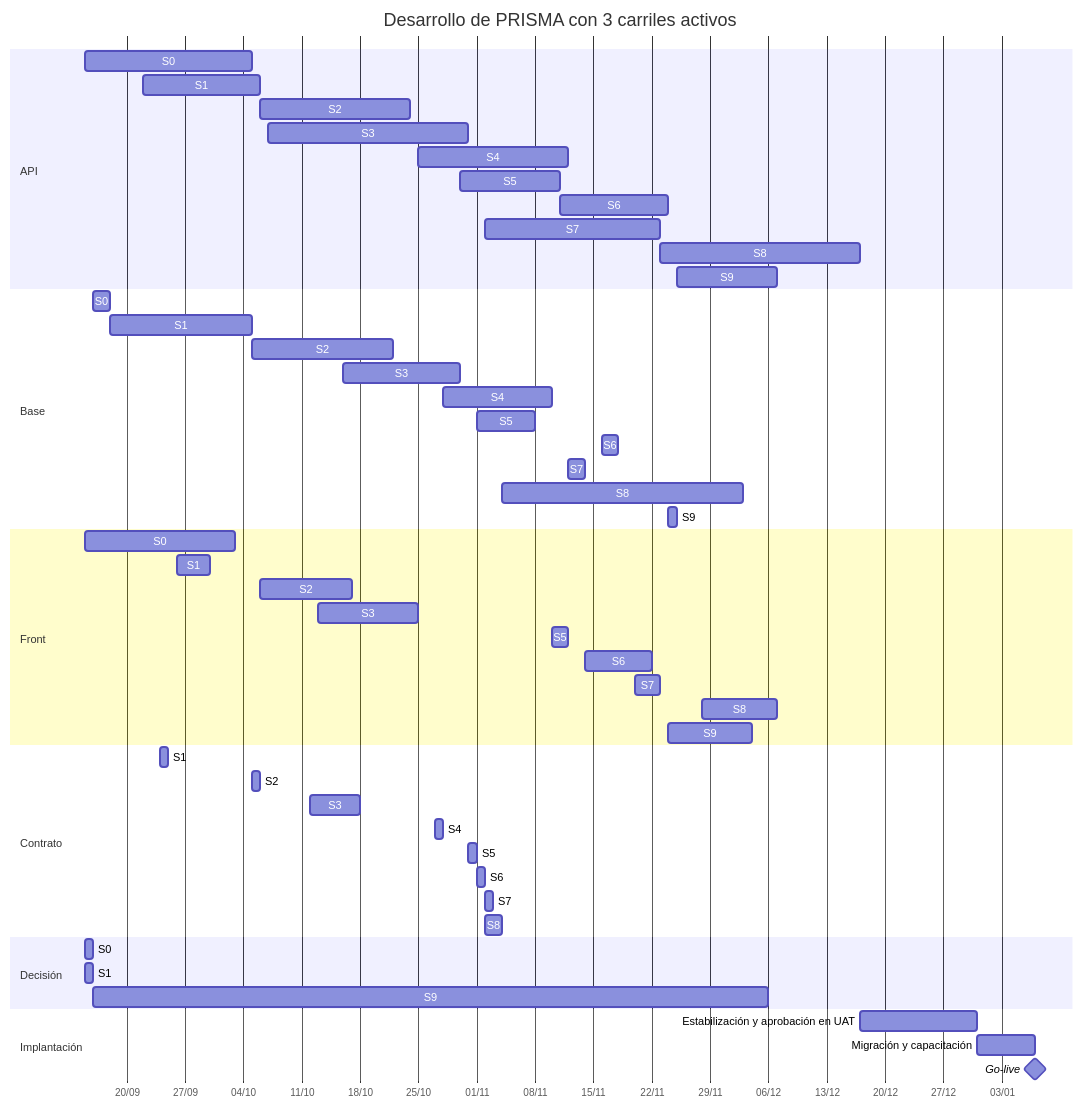
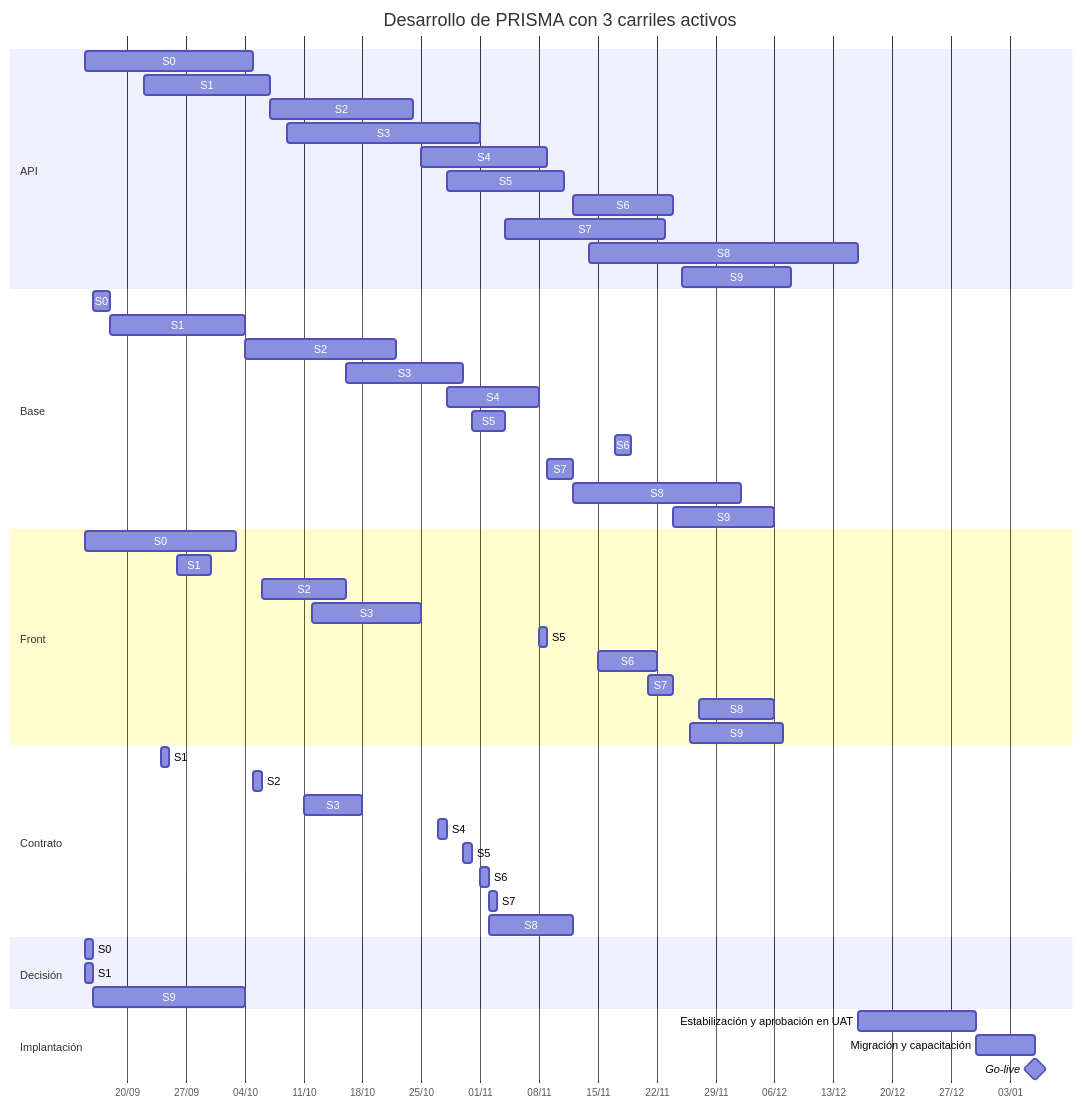
One commit to Juanchope039/Finanzas-PRISMA changed the first of 2 diagrams in docs/08-plan-de-desarrollo.md. Above: the diagram before and after it, drawn with Mermaid. The commit also changed other lines of this file and 12 other files, not shown here.

````diff
--- a/docs/08-plan-de-desarrollo.md
+++ b/docs/08-plan-de-desarrollo.md
@@ -241,61 +241,61 @@
 ```mermaid
 gantt
     title Desarrollo de PRISMA con 3 carriles activos
     dateFormat YYYY-MM-DD
     axisFormat %d/%m
 
     section API
     S0 :api0, 2026-09-15, 2026-10-05
-    S1 :api1, 2026-09-22, 2026-10-06
-    S2 :api2, 2026-10-06, 2026-10-24
-    S3 :api3, 2026-10-07, 2026-10-31
-    S4 :api4, 2026-10-25, 2026-11-12
-    S5 :api5, 2026-10-30, 2026-11-11
-    S6 :api6, 2026-11-11, 2026-11-24
-    S7 :api7, 2026-11-02, 2026-11-23
-    S8 :api8, 2026-11-23, 2026-12-17
-    S9 :api9, 2026-11-25, 2026-12-07
+    S1 :api1, 2026-09-22, 2026-10-07
+    S2 :api2, 2026-10-07, 2026-10-24
+    S3 :api3, 2026-10-09, 2026-11-01
+    S4 :api4, 2026-10-25, 2026-11-09
+    S5 :api5, 2026-10-28, 2026-11-11
+    S6 :api6, 2026-11-12, 2026-11-24
+    S7 :api7, 2026-11-04, 2026-11-23
+    S8 :api8, 2026-11-14, 2026-12-16
+    S9 :api9, 2026-11-25, 2026-12-08
 
     section Base
     S0 :base0, 2026-09-16, 2026-09-18
-    S1 :base1, 2026-09-18, 2026-10-05
-    S2 :base2, 2026-10-05, 2026-10-22
+    S1 :base1, 2026-09-18, 2026-10-04
+    S2 :base2, 2026-10-04, 2026-10-22
     S3 :base3, 2026-10-16, 2026-10-30
-    S4 :base4, 2026-10-28, 2026-11-10
-    S5 :base5, 2026-11-01, 2026-11-08
-    S6 :base6, 2026-11-16, 2026-11-18
-    S7 :base7, 2026-11-12, 2026-11-14
-    S8 :base8, 2026-11-04, 2026-12-03
-    S9 :base9, 2026-11-24, 2026-11-25
+    S4 :base4, 2026-10-28, 2026-11-08
+    S5 :base5, 2026-10-31, 2026-11-04
+    S6 :base6, 2026-11-17, 2026-11-19
+    S7 :base7, 2026-11-09, 2026-11-12
+    S8 :base8, 2026-11-12, 2026-12-02
+    S9 :base9, 2026-11-24, 2026-12-06
 
     section Front
     S0 :front0, 2026-09-15, 2026-10-03
     S1 :front1, 2026-09-26, 2026-09-30
-    S2 :front2, 2026-10-06, 2026-10-17
-    S3 :front3, 2026-10-13, 2026-10-25
-    S5 :front5, 2026-11-10, 2026-11-12
-    S6 :front6, 2026-11-14, 2026-11-22
-    S7 :front7, 2026-11-20, 2026-11-23
-    S8 :front8, 2026-11-28, 2026-12-07
-    S9 :front9, 2026-11-24, 2026-12-04
+    S2 :front2, 2026-10-06, 2026-10-16
+    S3 :front3, 2026-10-12, 2026-10-25
+    S5 :front5, 2026-11-08, 2026-11-09
+    S6 :front6, 2026-11-15, 2026-11-22
+    S7 :front7, 2026-11-21, 2026-11-24
+    S8 :front8, 2026-11-27, 2026-12-06
+    S9 :front9, 2026-11-26, 2026-12-07
 
     section Contrato
     S1 :contrato1, 2026-09-24, 2026-09-25
     S2 :contrato2, 2026-10-05, 2026-10-06
-    S3 :contrato3, 2026-10-12, 2026-10-18
+    S3 :contrato3, 2026-10-11, 2026-10-18
     S4 :contrato4, 2026-10-27, 2026-10-28
-    S5 :contrato5, 2026-10-31, 2026-11-01
+    S5 :contrato5, 2026-10-30, 2026-10-31
     S6 :contrato6, 2026-11-01, 2026-11-02
     S7 :contrato7, 2026-11-02, 2026-11-03
-    S8 :contrato8, 2026-11-02, 2026-11-04
+    S8 :contrato8, 2026-11-02, 2026-11-12
 
     section Decisión
     S0 :decisin0, 2026-09-15, 2026-09-16
     S1 :decisin1, 2026-09-15, 2026-09-16
-    S9 :decisin9, 2026-09-16, 2026-12-06
+    S9 :decisin9, 2026-09-16, 2026-10-04
 
     section Implantación
-    Estabilización y aprobación en UAT :est, 2026-12-17, 2026-12-31
-    Migración y capacitación :mig, 2026-12-31, 2027-01-07
-    Go-live :milestone, 2027-01-07, 0d
+    Estabilización y aprobación en UAT :est, 2026-12-16, 2026-12-30
+    Migración y capacitación :mig, 2026-12-30, 2027-01-06
+    Go-live :milestone, 2027-01-06, 0d
 ```
````
